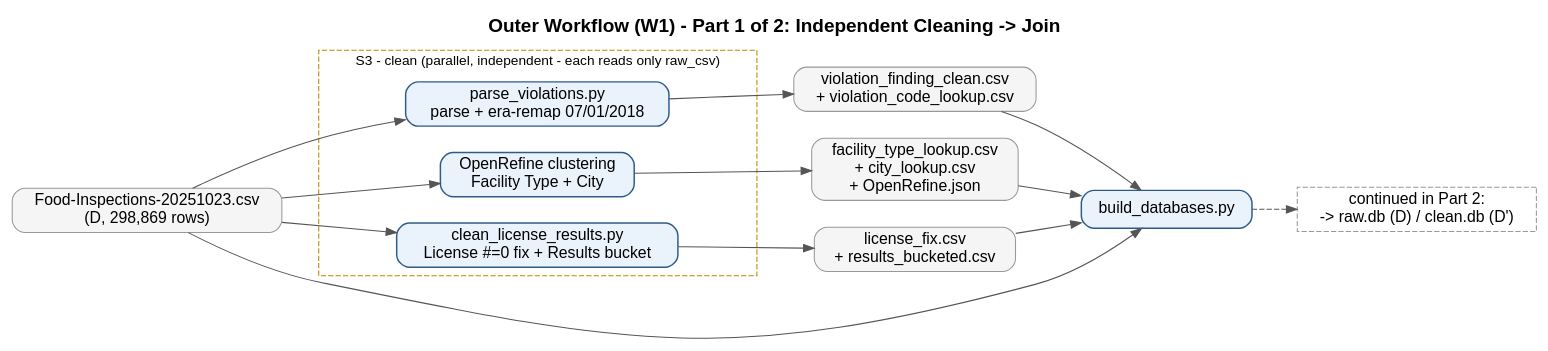
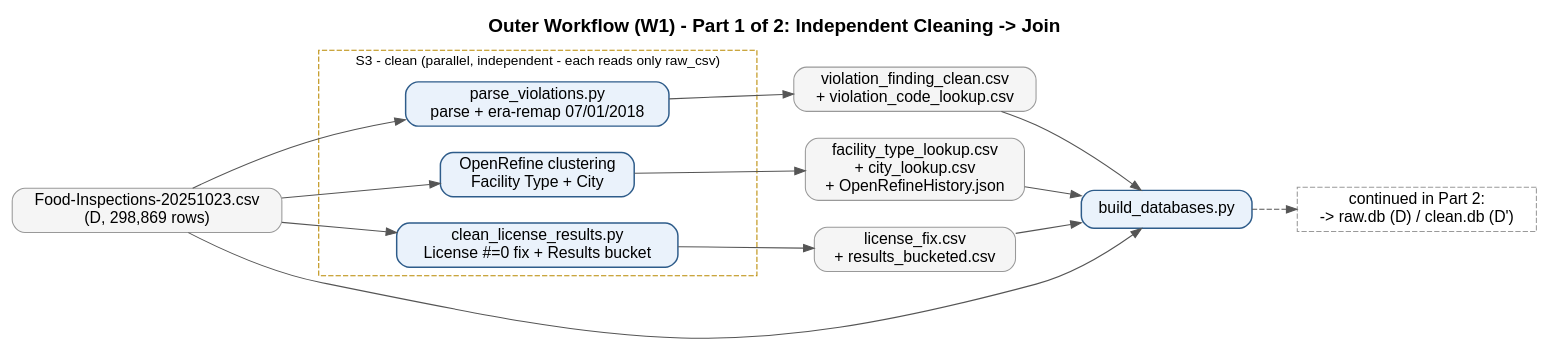
One commit to kunal7illinois/cs513-team117-food-inspections changed the diagram in workflow/Workflow_W1_outer_part1.dot. Above: the diagram before and after it, drawn with Graphviz. The commit also changed 16 other files, not shown here.

Commit message:
Fix queries.txt IC4 bug, add IC5 referential checks, correct violation-code and Facility Type count contradictions, rename OpenRefineHistory.json, clean up stale DataLinks/README notes

```diff
--- a/workflow/Workflow_W1_outer_part1.dot
+++ b/workflow/Workflow_W1_outer_part1.dot
@@ -1,57 +1,57 @@
 /*
  * Workflow_W1_outer_part1.dot
  * Outer ("W1") workflow, Part 1 of 2: raw CSV through the three independent
  * S3 cleaning workstreams into the join step (build_databases.py).
  * Continues in Workflow_W1_outer_part2.dot (build_databases.py's raw.db /
  * clean.db outputs feed directly into Part 2's validation + reporting steps).
  *
  * Split into two parts purely for print legibility (the single-diagram
  * version is very wide); the underlying pipeline is unchanged - see
  * Workflow_W1_outer.dot for the original single-file version.
  *
  * Render with:
  *   dot -Tpng -Gdpi=200 Workflow_W1_outer_part1.dot -o Workflow_W1_outer_part1.png
  *   dot -Tpdf Workflow_W1_outer_part1.dot -o Workflow_W1_outer_part1.pdf
  */
 
 digraph Team117OuterWorkflowPart1 {
     rankdir=LR;
     fontname="Helvetica";
     node [fontname="Helvetica", fontsize=15];
     edge [fontname="Helvetica", fontsize=12, color="#555555"];
     ranksep=0.6; nodesep=0.35;
     compound=true;
     label="Outer Workflow (W1) - Part 1 of 2: Independent Cleaning -> Join";
     labelloc=t; fontsize=18; fontname="Helvetica-Bold";
 
     node [shape=box, style="rounded,filled", fillcolor="#F5F5F5", color="#999999"];
     raw_csv [label="Food-Inspections-20251023.csv\n(D, 298,869 rows)"];
     vfind [label="violation_finding_clean.csv\n+ violation_code_lookup.csv"];
-    ftype_city [label="facility_type_lookup.csv\n+ city_lookup.csv\n+ OpenRefine.json"];
+    ftype_city [label="facility_type_lookup.csv\n+ city_lookup.csv\n+ OpenRefineHistory.json"];
     lic_results [label="license_fix.csv\n+ results_bucketed.csv"];
 
     node [shape=box, style="rounded,filled", fillcolor="#EAF2FB", color="#2E5C8A", penwidth=1.4];
     subgraph cluster_s3 {
         label="S3 - clean (parallel, independent - each reads only raw_csv)";
         style="dashed"; color="#B98900"; fontname="Helvetica"; fontsize=13;
         parse_violations [label="parse_violations.py\nparse + era-remap 07/01/2018"];
         openrefine [label="OpenRefine clustering\nFacility Type + City"];
         clean_license [label="clean_license_results.py\nLicense #=0 fix + Results bucket"];
     }
     build_db [label="build_databases.py"];
 
     node [shape=box, style="dashed,filled", fillcolor="#FFFFFF", color="#999999", penwidth=1.0];
     cont_out [label="continued in Part 2:\n-> raw.db (D) / clean.db (D')"];
 
     raw_csv -> parse_violations;
     raw_csv -> openrefine;
     raw_csv -> clean_license;
     parse_violations -> vfind;
     openrefine -> ftype_city;
     clean_license -> lic_results;
     raw_csv -> build_db;
     vfind -> build_db;
     ftype_city -> build_db;
     lic_results -> build_db;
     build_db -> cont_out [style=dashed];
 }
```
